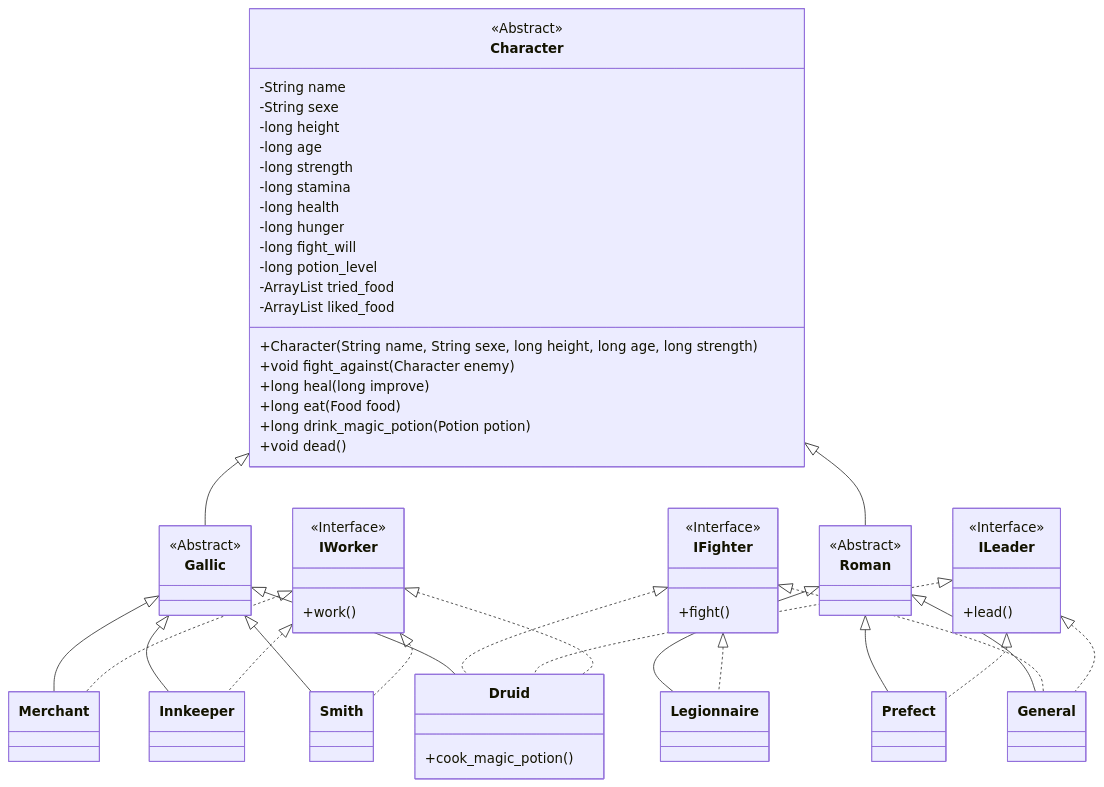
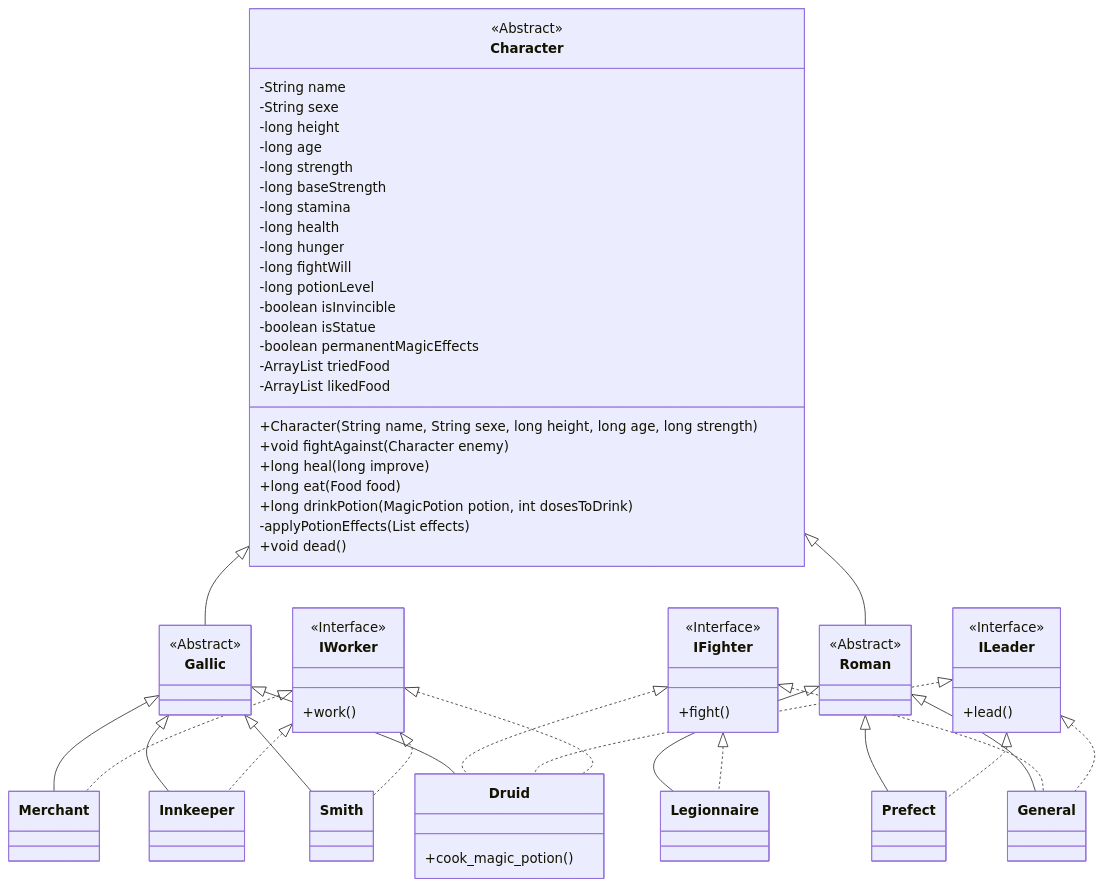
The diagram in diagrams/diag_character.md (Gustin-MAILHE/R304_Projet_Qualite_Dev), drawn with Mermaid before and after one commit. The commit also changed 7 other files, not shown here.

Commit message:
linking Food, MagicPotion and Character

````diff
--- a/diagrams/diag_character.md
+++ b/diagrams/diag_character.md
@@ -1,77 +1,82 @@
 ```mermaid
     
 classDiagram
     
     Character <|-- Gallic
     Gallic <|-- Merchant
     Gallic <|-- Innkeeper
     Gallic <|-- Smith
     Gallic <|-- Druid
 
     Druid: +cook_magic_potion()
 
     Character <|-- Roman
     Roman <|-- Legionnaire
     Roman <|-- Prefect
     Roman <|-- General
 
     IFighter <|.. Legionnaire
     IFighter <|.. General
     IFighter <|.. Druid
 
     ILeader <|.. Prefect
     ILeader <|.. General
     ILeader <|.. Druid
 
     IWorker <|.. Merchant
     IWorker <|.. Innkeeper
     IWorker <|.. Smith
     IWorker <|.. Druid
 
     class Character {
         <<Abstract>>
         -String name
         -String sexe
         -long height
         -long age
         -long strength
+        -long baseStrength
         -long stamina
         -long health
         -long hunger
-        -long fight_will
-        -long potion_level
-        -ArrayList<Food> tried_food
-        -ArrayList<Food> liked_food
+        -long fightWill
+        -long potionLevel
+        -boolean isInvincible
+        -boolean isStatue
+        -boolean permanentMagicEffects
+        -ArrayList<Food> triedFood
+        -ArrayList<Food> likedFood
 
         +Character(String name, String sexe, long height, long age, long strength)
-        +void fight_against(Character enemy)
+        +void fightAgainst(Character enemy)
         +long heal(long improve)
         +long eat(Food food)
-        +long drink_magic_potion(Potion potion)
+        +long drinkPotion(MagicPotion potion, int dosesToDrink)
+        -applyPotionEffects(List<PotionEffect> effects)
         +void dead()
     }
 
     class Gallic {
         <<Abstract>>
     }
 
     class Roman {
         <<Abstract>>
     }
 
     class IFighter {
         <<Interface>>
         +fight()
     }
 
     class ILeader {
         <<Interface>>
         +lead()
     }
 
     class IWorker {
         <<Interface>>
         +work()
     }
 
 ```
````
